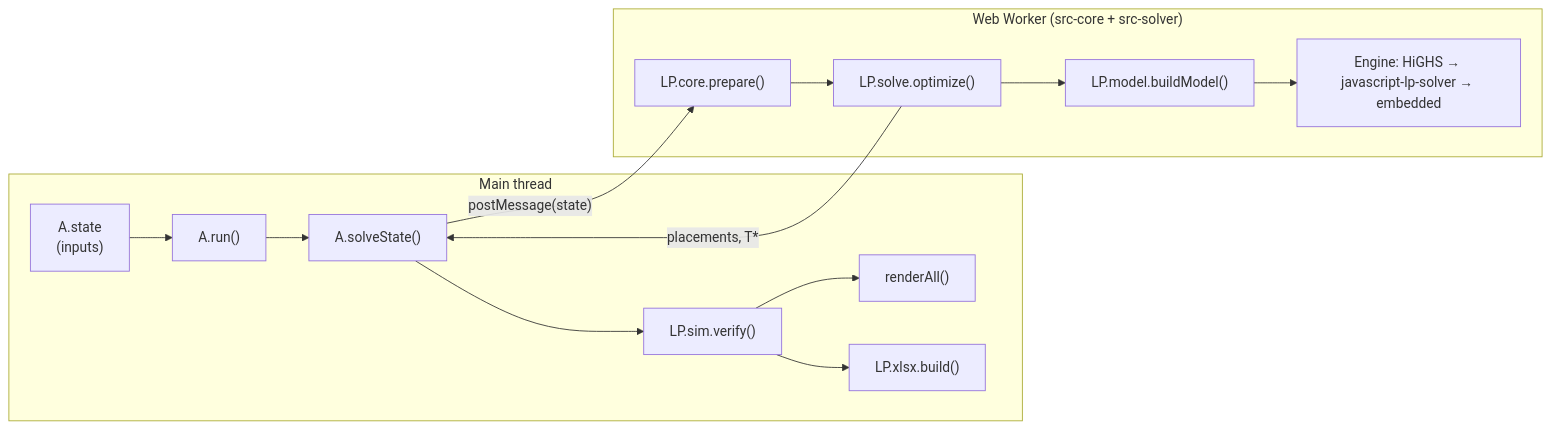
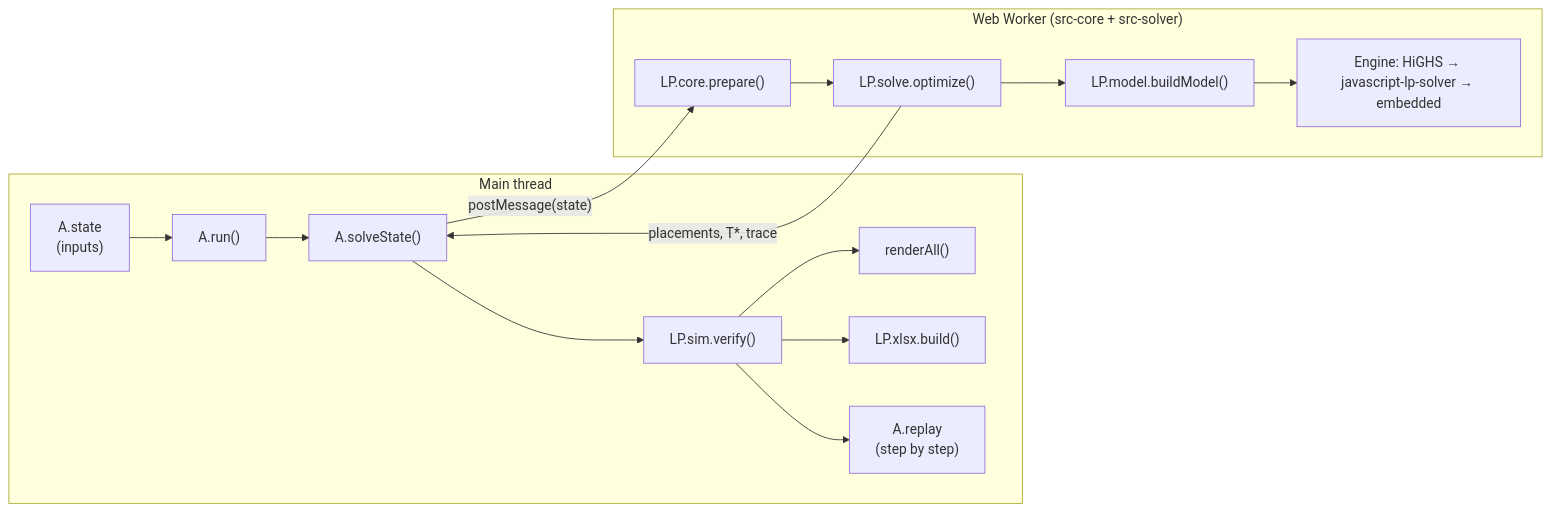
One commit to julianhilgemann/liquiplan-app changed the second of 2 diagrams in README.md. Above: the diagram before and after it, drawn with Mermaid. The commit also changed other lines of this file and 21 other files, not shown here.

````diff
--- a/README.md
+++ b/README.md
@@ -330,17 +350,18 @@
 ```mermaid
 flowchart LR
     subgraph main["Main thread"]
         S["A.state<br/>(inputs)"] --> R["A.run()"]
         R --> SS["A.solveState()"]
         SS --> V["LP.sim.verify()"]
         V --> RA["renderAll()"]
         V --> X["LP.xlsx.build()"]
+        V --> RP["A.replay<br/>(step by step)"]
     end
     subgraph worker["Web Worker (src-core + src-solver)"]
         PR["LP.core.prepare()"] --> OPT["LP.solve.optimize()"]
         OPT --> BM["LP.model.buildModel()"]
         BM --> EN["Engine: HiGHS → javascript-lp-solver → embedded"]
     end
     SS -- "postMessage(state)" --> PR
-    OPT -- "placements, T*" --> SS
+    OPT -- "placements, T*, trace" --> SS
 ```
````
